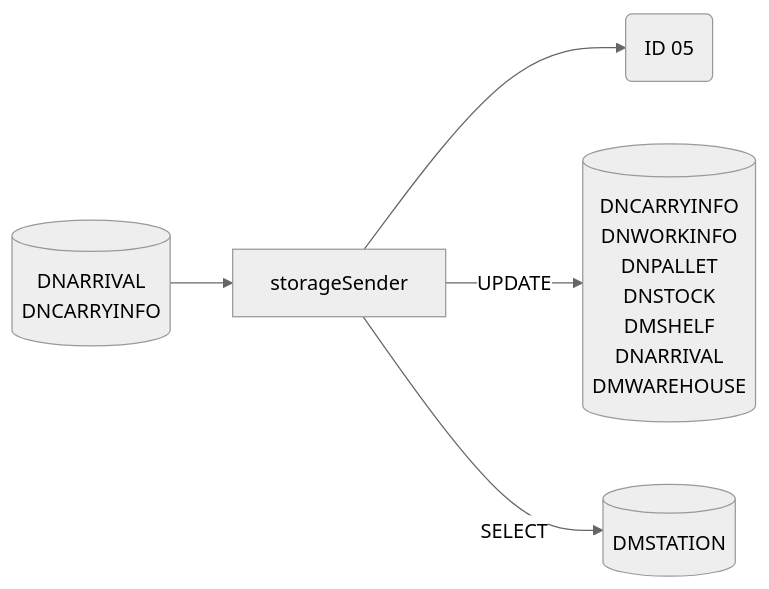
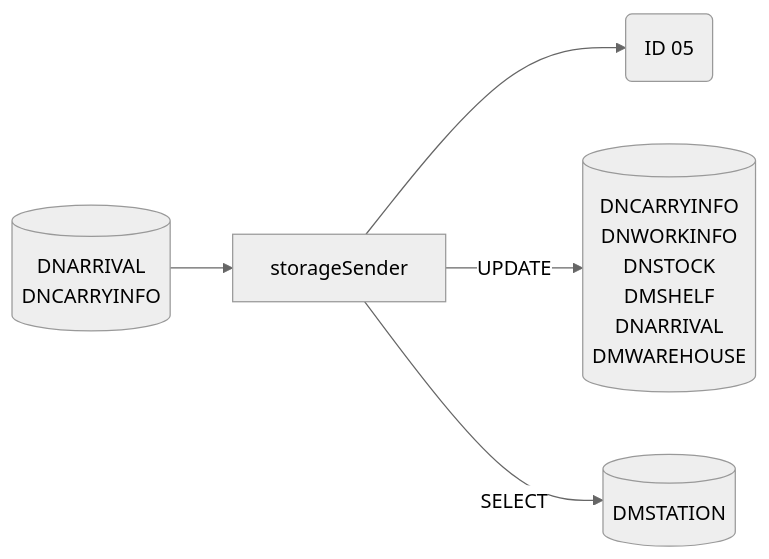
Before and after one commit to luthfiadityaa/SimeDarby-Wiki: the third of 23 diagrams in Basic-Design/DFD-WMS/Storage/Palletizing-Settting/Palletize-Start.md, drawn with Mermaid (neutral theme).

Commit message:
Updated Palletize Start

```diff
--- a/Basic-Design/DFD-WMS/Storage/Palletizing-Settting/Palletize-Start.md
+++ b/Basic-Design/DFD-WMS/Storage/Palletizing-Settting/Palletize-Start.md
@@ -244,28 +244,27 @@
 ::: mermaid
 flowchart LR
 storageSender-update[("
 DNCARRYINFO
 DNWORKINFO
-DNPALLET
 DNSTOCK
 DMSHELF
 DNARRIVAL
 DMWAREHOUSE
 ")]
 storageSender-input[("
 DNARRIVAL
 DNCARRYINFO
 ")]
 
 storageSender-select[("
 DMSTATION
 ")]
 
 id05msg("
 ID 05
 ")
 
 storageSender-input-->storageSender-->id05msg
 storageSender--> |UPDATE| storageSender-update
 storageSender--> |SELECT| storageSender-select
 :::
```
